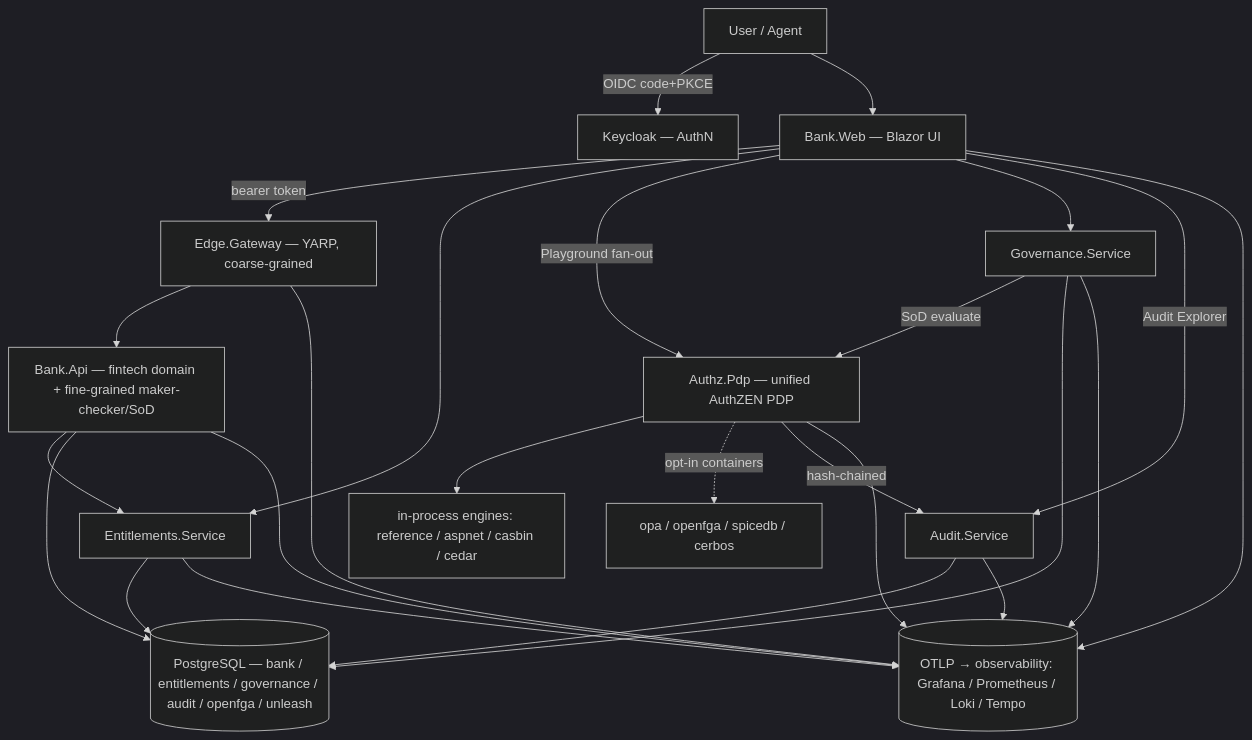
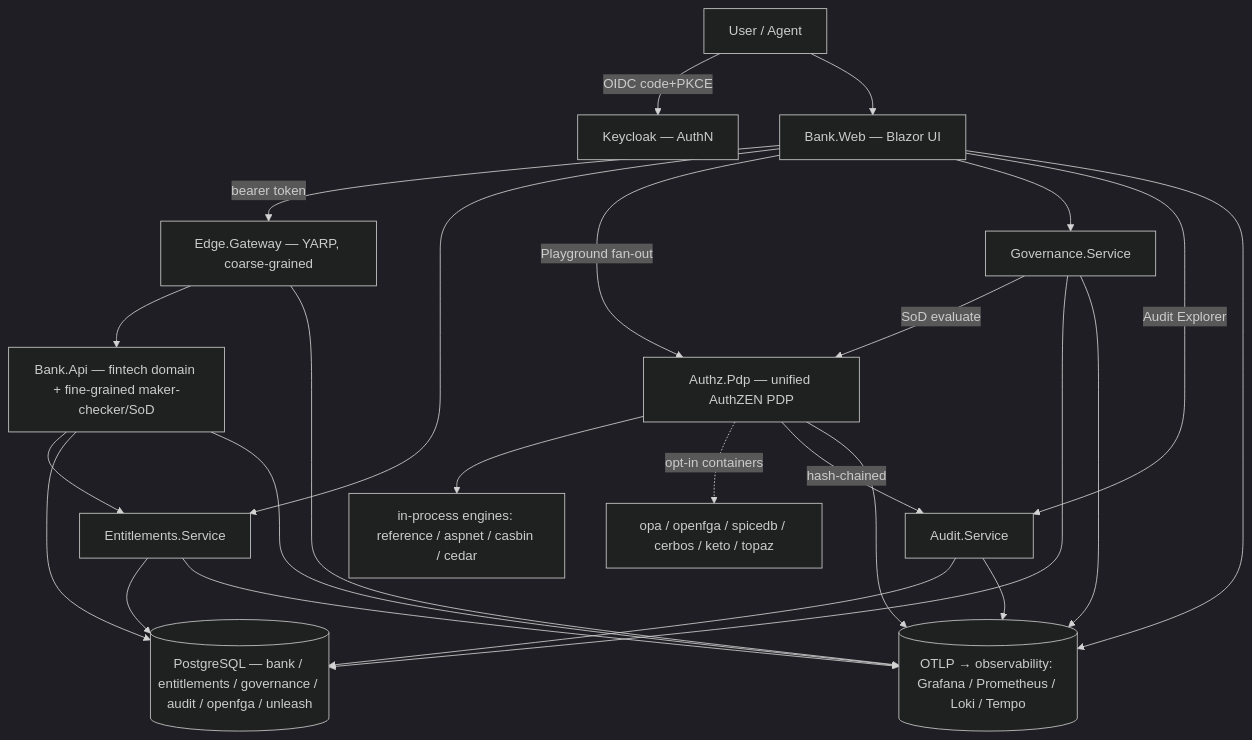
The first of 5 diagrams in ARCHITECTURE.md (henrik-me/authzandentitlements), drawn with Mermaid (dark theme) before and after one commit. The commit also changed other lines of this file and 2 other files, not shown here.

First line of the commit message:
docs: refresh README/ARCHITECTURE — 10 PDP engines, e2e gate, roadmap (#203)

````diff
--- a/ARCHITECTURE.md
+++ b/ARCHITECTURE.md
@@ -38,27 +38,27 @@
 ```mermaid
 graph TD
   U[User / Agent] -->|OIDC code+PKCE| KC[Keycloak — AuthN]
   U --> WEB[Bank.Web — Blazor UI]
   WEB -->|bearer token| EG[Edge.Gateway — YARP, coarse-grained]
   EG --> API[Bank.Api — fintech domain + fine-grained maker-checker/SoD]
   API --> ENT[Entitlements.Service]
   WEB --> ENT
   WEB -->|Playground fan-out| PDP[Authz.Pdp — unified AuthZEN PDP]
   WEB --> GOV[Governance.Service]
   GOV -->|SoD evaluate| PDP
   PDP --> INP[in-process engines: reference / aspnet / casbin / cedar]
-  PDP -. opt-in containers .-> OUT[opa / openfga / spicedb / cerbos]
+  PDP -. opt-in containers .-> OUT[opa / openfga / spicedb / cerbos / keto / topaz]
   PDP -->|hash-chained| AUD[Audit.Service]
   WEB -->|Audit Explorer| AUD
   API --> PG[(PostgreSQL — bank / entitlements / governance / audit / openfga / unleash)]
   ENT --> PG
   GOV --> PG
   AUD --> PG
   API --> OBS[(OTLP → observability: Grafana / Prometheus / Loki / Tempo)]
   PDP --> OBS
   EG --> OBS
   ENT --> OBS
   GOV --> OBS
   AUD --> OBS
   WEB --> OBS
 ```
````
